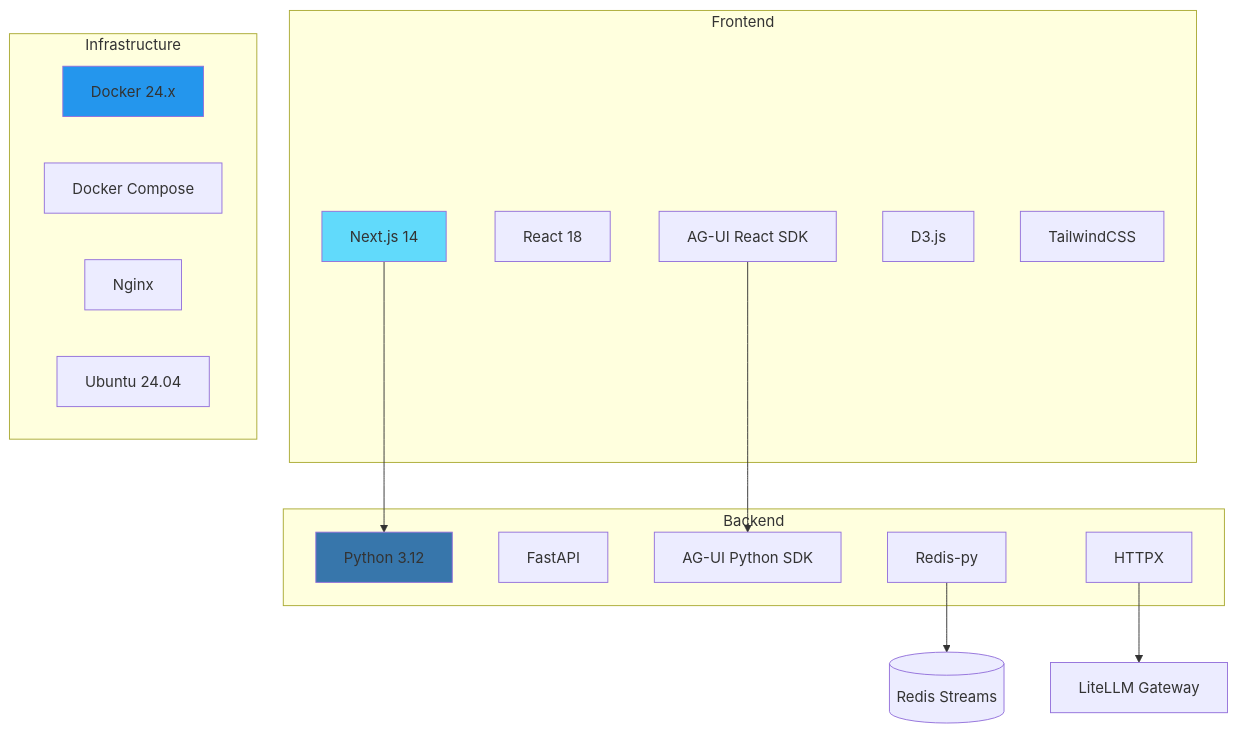
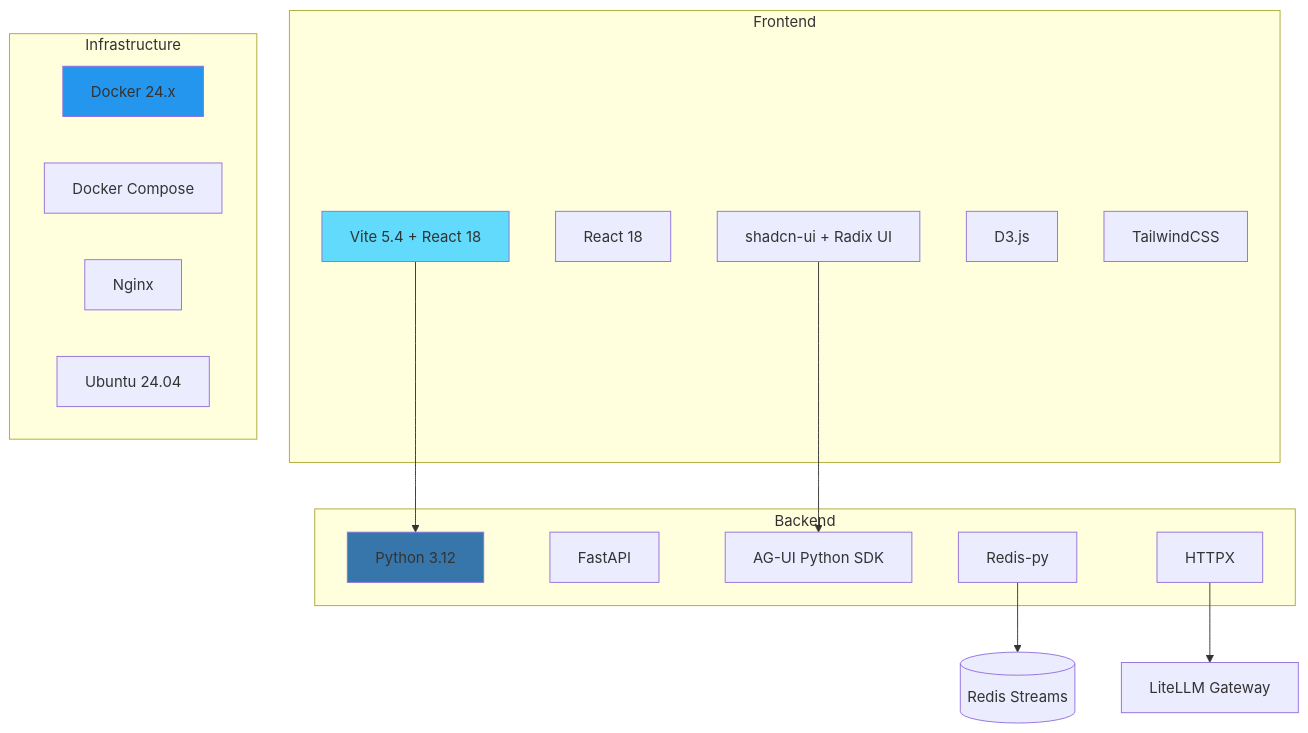
Before and after one commit to hanax-ai/hx-citadel-ansible: the first of 46 diagrams in docs/Dev-Server-Configuration/SHIELD-AG-UI-ARCHITECTURE.md, drawn with Mermaid. The commit also changed other lines of this file and 8 other files, not shown here.

````diff
--- a/docs/Dev-Server-Configuration/SHIELD-AG-UI-ARCHITECTURE.md
+++ b/docs/Dev-Server-Configuration/SHIELD-AG-UI-ARCHITECTURE.md
@@ -54,34 +54,34 @@
 ```mermaid
 graph TD
     subgraph Frontend
-        A[Next.js 14]
+        A[Vite 5.4 + React 18]
         B[React 18]
-        C[AG-UI React SDK]
+        C[shadcn-ui + Radix UI]
         D[D3.js]
         E[TailwindCSS]
     end
     
     subgraph Backend
         F[Python 3.12]
         G[FastAPI]
         H[AG-UI Python SDK]
         I[Redis-py]
         J[HTTPX]
     end
     
     subgraph Infrastructure
         K[Docker 24.x]
         L[Docker Compose]
         M[Nginx]
         N[Ubuntu 24.04]
     end
     
     A --> F
     C --> H
     I --> Redis[(Redis Streams)]
     J --> LiteLLM[LiteLLM Gateway]
     
     style A fill:#61dafb
     style F fill:#3776ab
     style K fill:#2496ed
 ```
````
